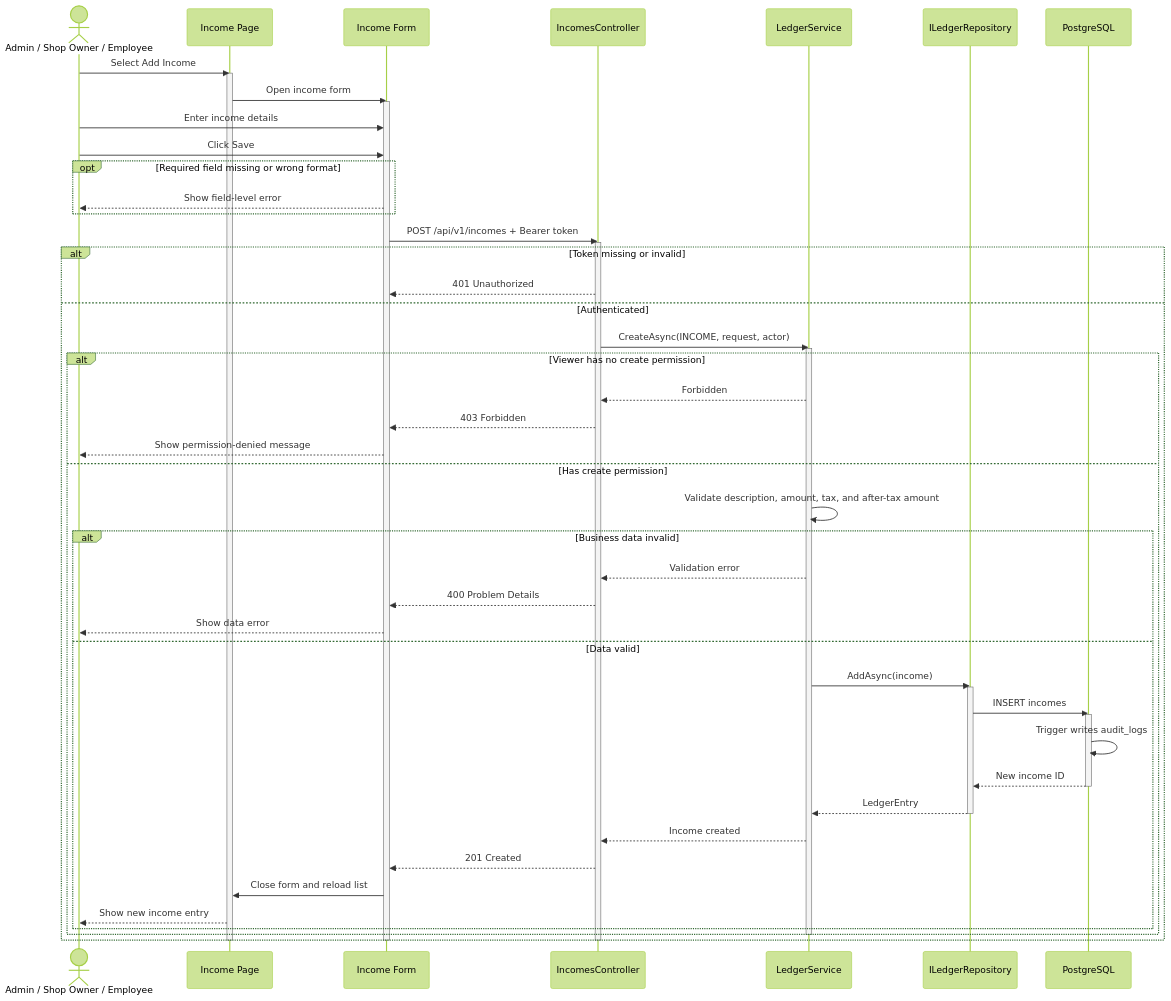
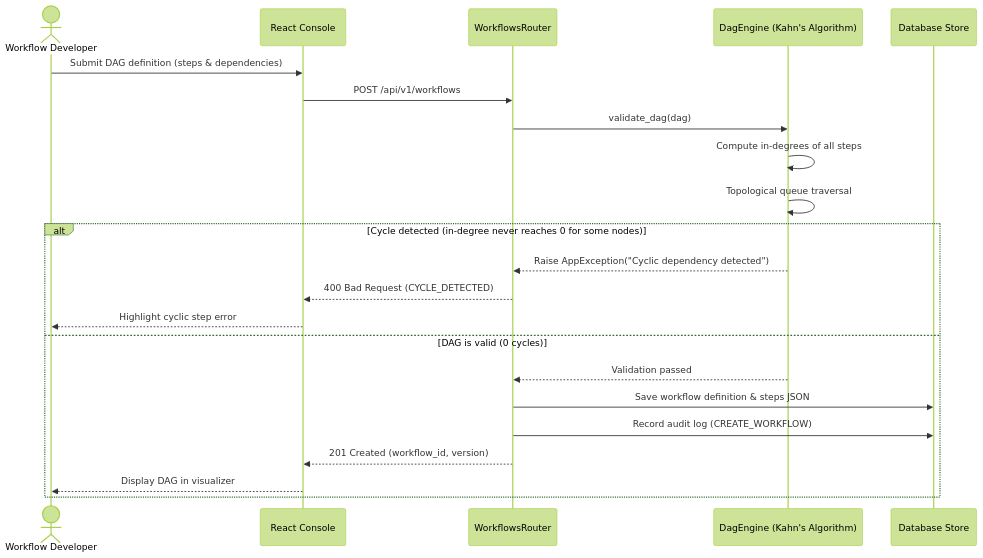
The second of 4 diagrams in docs/architecture/uml/02-sequence-diagrams.md (AnCoder1310/FlowForge), drawn with Mermaid (forest theme) before and after one commit. The commit also changed other lines of this file and 25 other files, not shown here.

Commit message:
feat: complete FlowForge DWOP OpenAPI 3.1, Arc42 architecture, and Developer Console branding

````diff
--- a/docs/architecture/uml/02-sequence-diagrams.md
+++ b/docs/architecture/uml/02-sequence-diagrams.md
@@ -88,60 +38,27 @@
 ```mermaid
 sequenceDiagram
-    actor User as Admin / Shop Owner / Employee
-    participant Page as Income Page
-    participant Form as Income Form
-    participant API as IncomesController
-    participant Service as LedgerService
-    participant Repo as ILedgerRepository
-    participant DB as PostgreSQL
+    actor Dev as Workflow Developer
+    participant UI as React Console
+    participant API as WorkflowsRouter
+    participant Engine as DagEngine (Kahn's Algorithm)
+    participant DB as Database Store
 
-    User->>Page: Select Add Income
-    activate Page
-    Page->>Form: Open income form
-    activate Form
-    User->>Form: Enter income details
-    User->>Form: Click Save
-
-    opt Required field missing or wrong format
-        Form-->>User: Show field-level error
+    Dev->>UI: Submit DAG definition (steps & dependencies)
+    UI->>API: POST /api/v1/workflows
+    API->>Engine: validate_dag(dag)
+    
+    Engine->>Engine: Compute in-degrees of all steps
+    Engine->>Engine: Topological queue traversal
+    
+    alt Cycle detected (in-degree never reaches 0 for some nodes)
+        Engine-->>API: Raise AppException("Cyclic dependency detected")
+        API-->>UI: 400 Bad Request (CYCLE_DETECTED)
+        UI-->>Dev: Highlight cyclic step error
+    else DAG is valid (0 cycles)
+        Engine-->>API: Validation passed
+        API->>DB: Save workflow definition & steps JSON
+        API->>DB: Record audit log (CREATE_WORKFLOW)
+        API-->>UI: 201 Created (workflow_id, version)
+        UI-->>Dev: Display DAG in visualizer
     end
-
-    Form->>API: POST /api/v1/incomes + Bearer token
-    activate API
-    alt Token missing or invalid
-        API-->>Form: 401 Unauthorized
-    else Authenticated
-        API->>Service: CreateAsync(INCOME, request, actor)
-        activate Service
-        alt Viewer has no create permission
-            Service-->>API: Forbidden
-            API-->>Form: 403 Forbidden
-            Form-->>User: Show permission-denied message
-        else Has create permission
-            Service->>Service: Validate description, amount, tax, and after-tax amount
-            alt Business data invalid
-                Service-->>API: Validation error
-                API-->>Form: 400 Problem Details
-                Form-->>User: Show data error
-            else Data valid
-                Service->>Repo: AddAsync(income)
-                activate Repo
-                Repo->>DB: INSERT incomes
-                activate DB
-                DB->>DB: Trigger writes audit_logs
-                DB-->>Repo: New income ID
-                deactivate DB
-                Repo-->>Service: LedgerEntry
-                deactivate Repo
-                Service-->>API: Income created
-                API-->>Form: 201 Created
-                Form->>Page: Close form and reload list
-                Page-->>User: Show new income entry
-            end
-        end
-        deactivate Service
-    end
-    deactivate API
-    deactivate Form
-    deactivate Page
 ```
````
